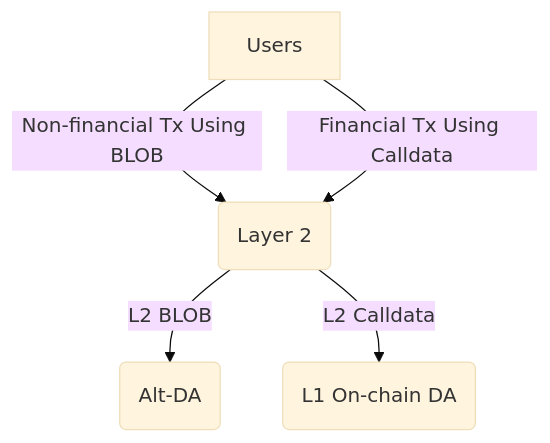
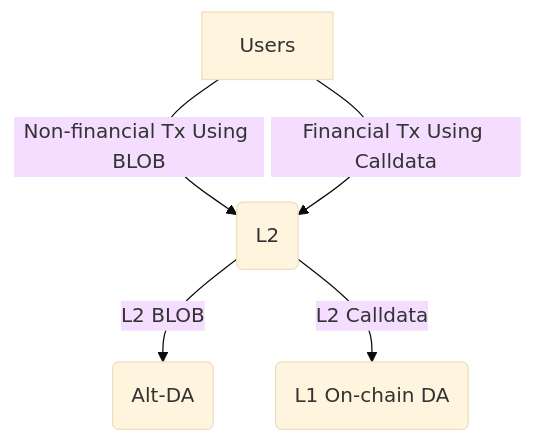
The diagram in specs/experimental/l2-blob.md (ethereum-optimism/specs), drawn with Mermaid (base theme) before and after one commit. The commit also changed other lines of this file, not shown here.

````diff
--- a/specs/experimental/l2-blob.md
+++ b/specs/experimental/l2-blob.md
@@ -34,7 +34,7 @@
 ```mermaid
 flowchart
-    A[Users] -->|Non-financial Tx Using BLOB| B(Layer 2)
-    A[Users] -->|Financial Tx Using Calldata| B(Layer 2)
+    A[Users] -->|Non-financial Tx Using BLOB| B(L2)
+    A[Users] -->|Financial Tx Using Calldata| B(L2)
     B -->|L2 BLOB| C(Alt-DA)
     B -->|L2 Calldata| D(L1 On-chain DA)
 ```
````
